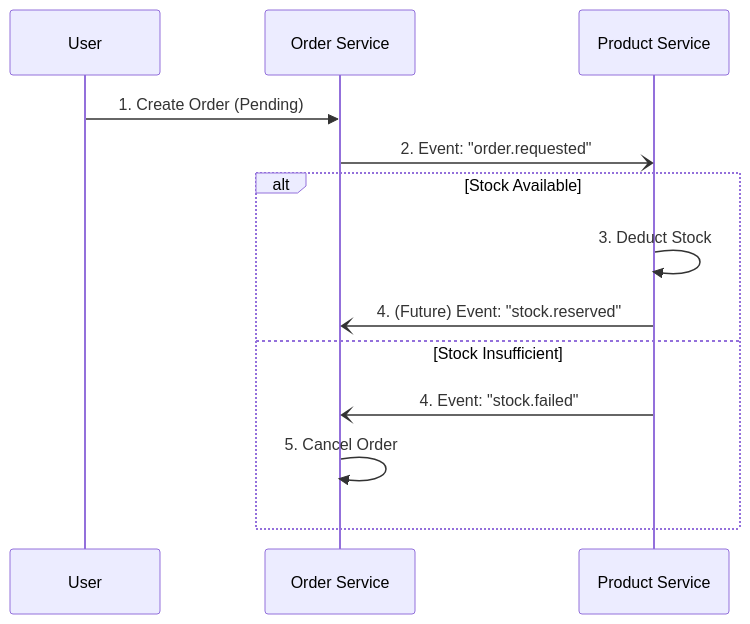
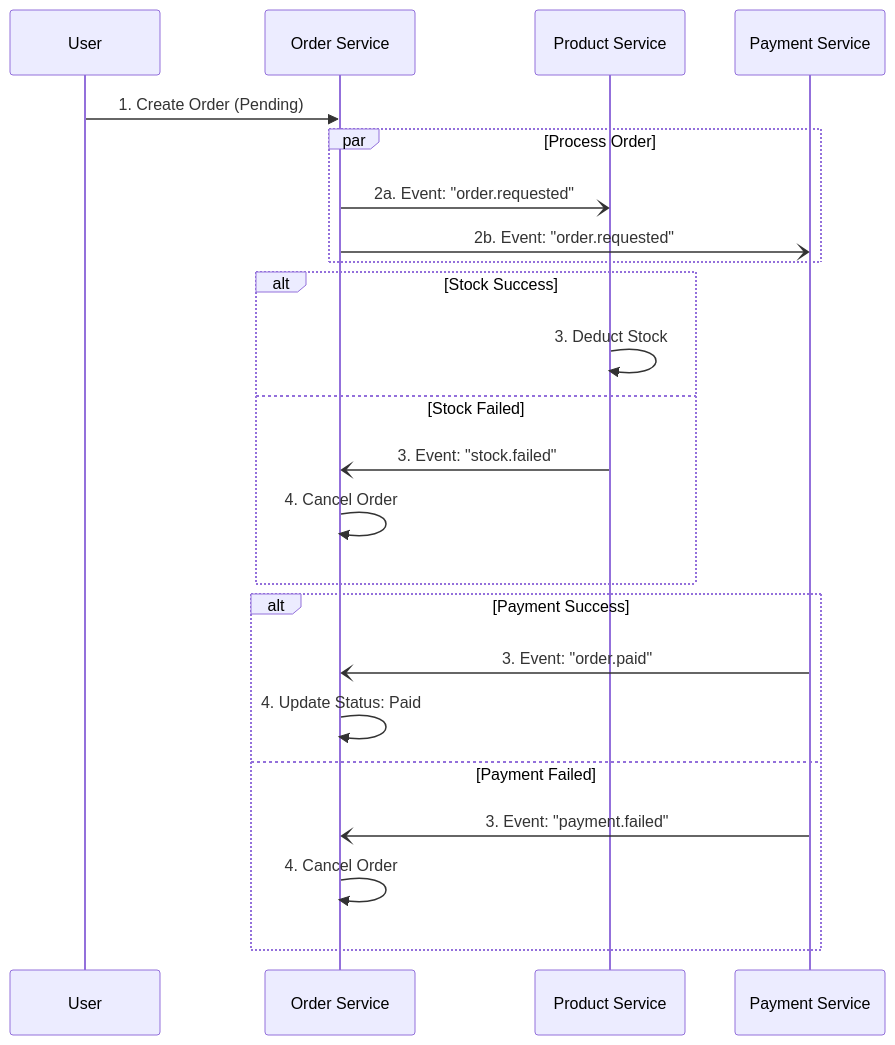
The second of 2 diagrams in README.md (phanthehoang2503/small-project-service), drawn with Mermaid before and after one commit. The commit also changed other lines of this file, not shown here.

Commit message:
changed graph for easier presentation

````diff
--- a/README.md
+++ b/README.md
@@ -61,17 +48,29 @@
 ```mermaid
 sequenceDiagram
     participant User
     participant Order as Order Service
     participant Product as Product Service
+    participant Payment as Payment Service
     
     User->>Order: 1. Create Order (Pending)
-    Order-)Product: 2. Event: "order.requested"
     
-    alt Stock Available
+    par Process Order
+        Order-)Product: 2a. Event: "order.requested"
+        Order-)Payment: 2b. Event: "order.requested"
+    end
+    
+    alt Stock Success
         Product->>Product: 3. Deduct Stock
-        Product-)Order: 4. (Future) Event: "stock.reserved"
-    else Stock Insufficient
-        Product-)Order: 4. Event: "stock.failed"
-        Order->>Order: 5. Cancel Order
+    else Stock Failed
+        Product-)Order: 3. Event: "stock.failed"
+        Order->>Order: 4. Cancel Order
+    end
+
+    alt Payment Success
+        Payment-)Order: 3. Event: "order.paid"
+        Order->>Order: 4. Update Status: Paid
+    else Payment Failed
+        Payment-)Order: 3. Event: "payment.failed"
+        Order->>Order: 4. Cancel Order
     end
 ```
````
